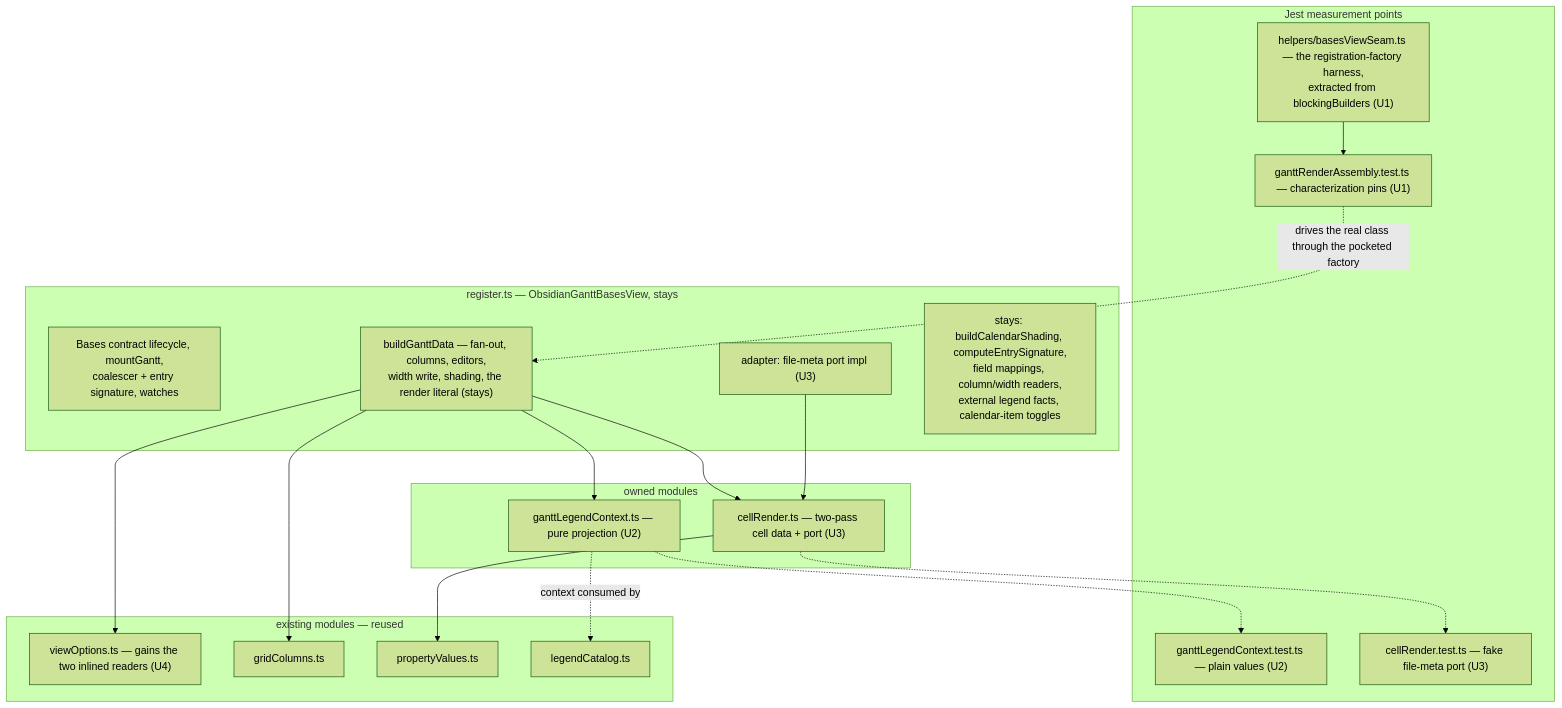
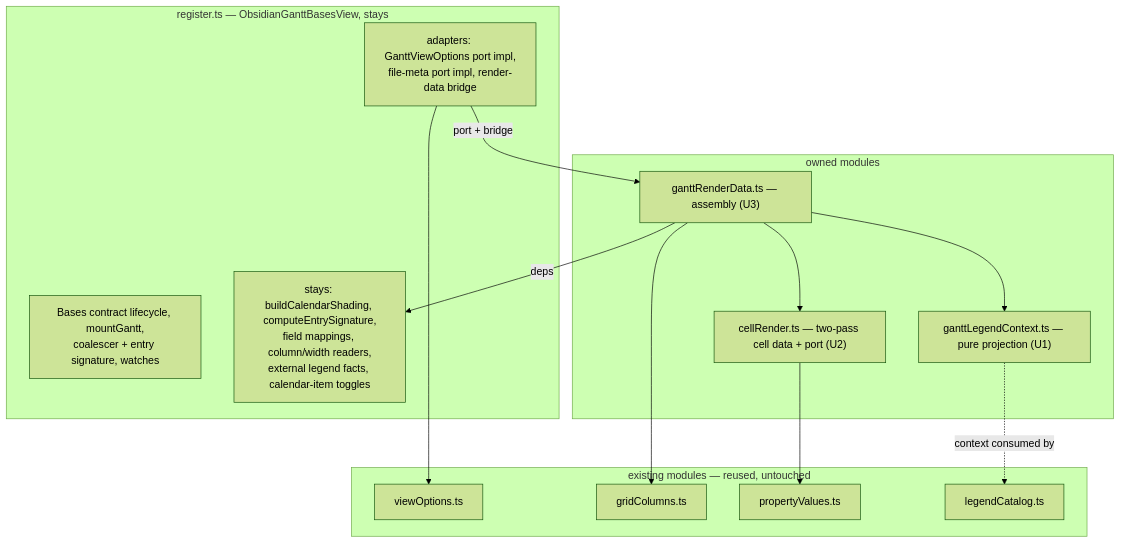
Before and after one commit to renatomen/tasknotes-gantt: the first of 2 diagrams in docs/plans/2026-08-29-001-refactor-register-render-data-extraction-plan.md, drawn with Mermaid (forest theme). The commit also changed other lines of this file and 1 other file, not shown here.

First line of the commit message:
docs(plans): supersede the register.ts plan instead of mutating it, and close two coverage gaps

````diff
--- a/docs/plans/2026-08-29-001-refactor-register-render-data-extraction-plan.md
+++ b/docs/plans/2026-08-29-001-refactor-register-render-data-extraction-plan.md
@@ -154,36 +136,27 @@
 ```mermaid
 flowchart TB
   subgraph host [register.ts — ObsidianGanttBasesView, stays]
     LC["Bases contract lifecycle, mountGantt,\ncoalescer + entry signature, watches"]
-    BGD["buildGanttData — fan-out, columns, editors,\nwidth write, shading, the render literal (stays)"]
-    AD["adapter: file-meta port impl (U3)"]
+    AD["adapters: GanttViewOptions port impl,\nfile-meta port impl, render-data bridge"]
     KEEP["stays: buildCalendarShading, computeEntrySignature,\nfield mappings, column/width readers,\nexternal legend facts, calendar-item toggles"]
   end
   subgraph new [owned modules]
-    LG["ganttLegendContext.ts — pure projection (U2)"]
-    CD["cellRender.ts — two-pass cell data + port (U3)"]
+    LG["ganttLegendContext.ts — pure projection (U1)"]
+    CD["cellRender.ts — two-pass cell data + port (U2)"]
+    RD["ganttRenderData.ts — assembly (U3)"]
   end
-  subgraph reuse [existing modules — reused]
-    VO["viewOptions.ts — gains the two inlined readers (U4)"]
+  subgraph reuse [existing modules — reused, untouched]
+    VO["viewOptions.ts"]
     GC["gridColumns.ts"]
     PV["propertyValues.ts"]
     LCat["legendCatalog.ts"]
   end
-  subgraph tests [Jest measurement points]
-    H["helpers/basesViewSeam.ts — the registration-factory harness,\nextracted from blockingBuilders (U1)"]
-    T0["ganttRenderAssembly.test.ts — characterization pins (U1)"]
-    T1["ganttLegendContext.test.ts — plain values (U2)"]
-    T2["cellRender.test.ts — fake file-meta port (U3)"]
-  end
-  BGD --> LG
-  BGD --> CD
-  AD --> CD
-  BGD --> VO
-  BGD --> GC
+  AD -->|"port + bridge"| RD
+  RD --> LG
+  RD --> CD
+  RD -->|deps| KEEP
+  AD --> VO
   CD --> PV
+  RD --> GC
   LG -.->|"context consumed by"| LCat
-  H --> T0
-  T0 -.->|"drives the real class through the pocketed factory"| BGD
-  LG -.-> T1
-  CD -.-> T2
 ```
````
